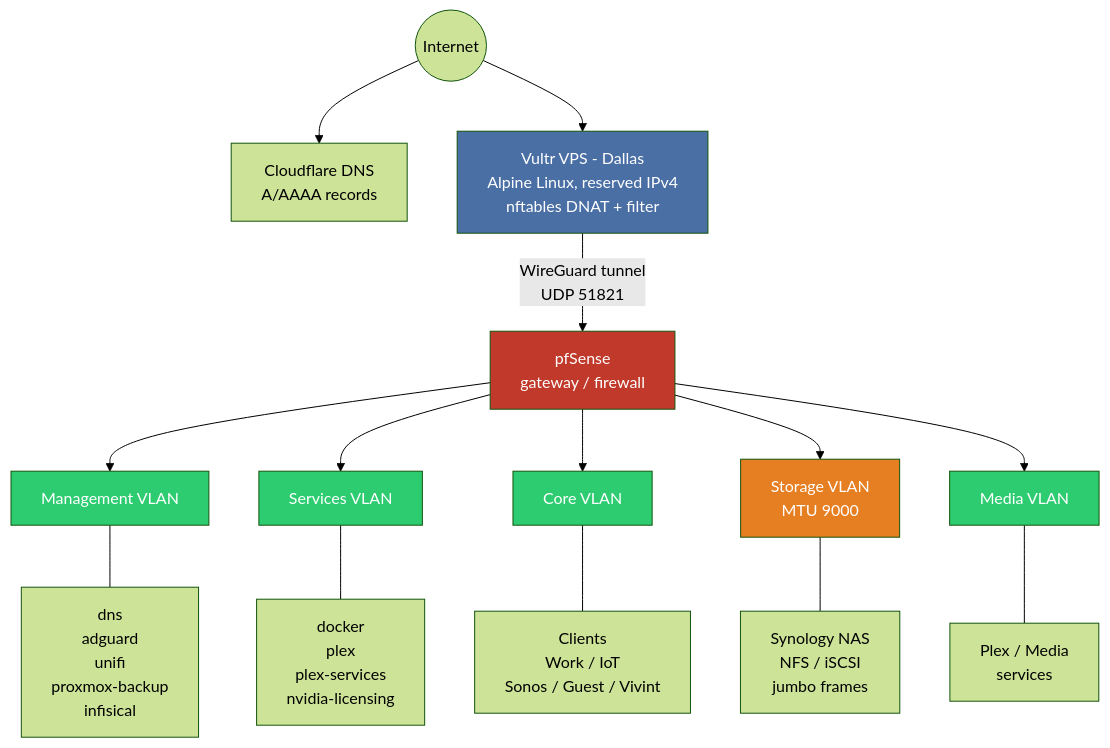
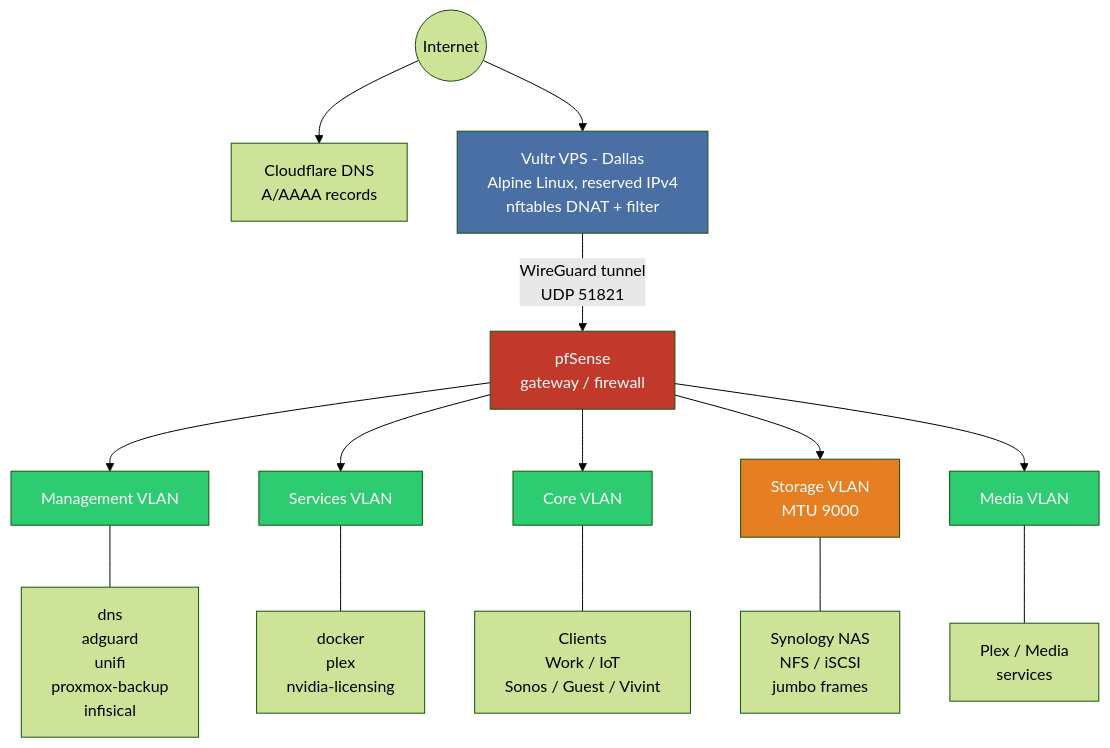
One commit to GoodOlClint/homelab changed the first of 5 diagrams in README.md. Above: the diagram before and after it, drawn with Mermaid (forest theme). The commit also changed other lines of this file and 4 other files, not shown here.

````diff
--- a/README.md
+++ b/README.md
@@ -7,29 +7,29 @@
 ```mermaid
 graph TD
     Internet((Internet))
 
     Internet --> CF[Cloudflare DNS<br/>A/AAAA records]
     Internet --> VPS[Vultr VPS - Dallas<br/>Alpine Linux, reserved IPv4<br/>nftables DNAT + filter]
 
     VPS -->|WireGuard tunnel<br/>UDP 51821| PF[pfSense<br/>gateway / firewall]
 
     PF --> MGMT[Management VLAN]
     PF --> SVC[Services VLAN]
     PF --> CORE[Core VLAN]
     PF --> STOR[Storage VLAN<br/>MTU 9000]
     PF --> MEDIA[Media VLAN]
 
     MGMT --- M1[dns<br/>adguard<br/>unifi<br/>proxmox-backup<br/>infisical]
-    SVC --- S1[docker<br/>plex<br/>plex-services<br/>nvidia-licensing]
+    SVC --- S1[docker<br/>plex<br/>nvidia-licensing]
     CORE --- C1[Clients<br/>Work / IoT<br/>Sonos / Guest / Vivint]
     STOR --- ST1[Synology NAS<br/>NFS / iSCSI<br/>jumbo frames]
     MEDIA --- ME1[Plex / Media<br/>services]
 
     style VPS fill:#4a6fa5,color:#fff
     style PF fill:#c0392b,color:#fff
     style MGMT fill:#2ecc71,color:#fff
     style SVC fill:#2ecc71,color:#fff
     style CORE fill:#2ecc71,color:#fff
     style STOR fill:#e67e22,color:#fff
     style MEDIA fill:#2ecc71,color:#fff
 ```
````
